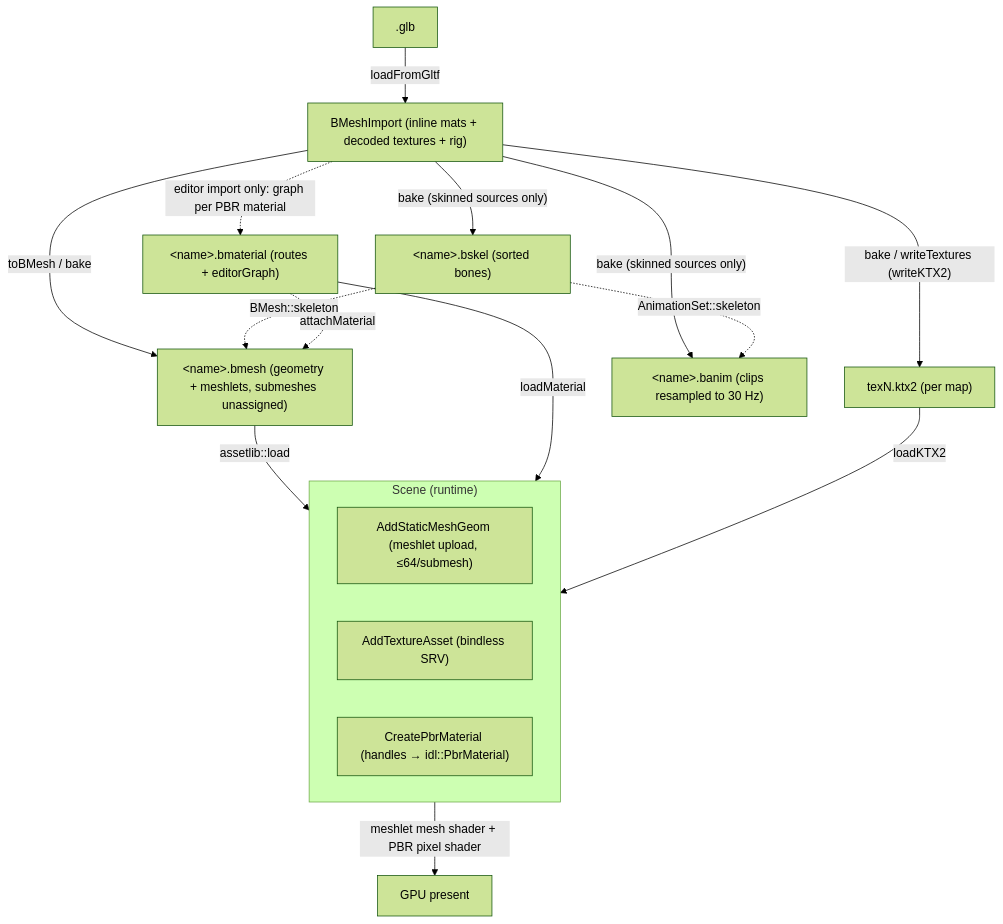
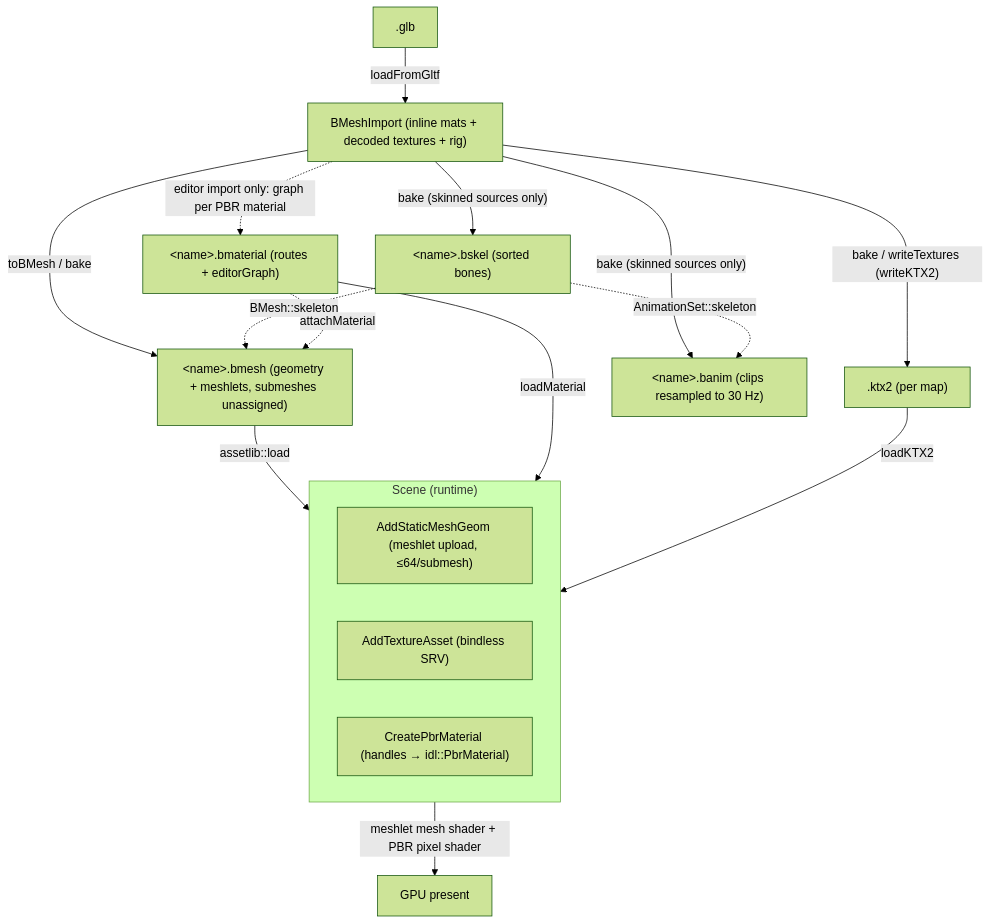
Before and after one commit to alexjiang200407/bernini: the diagram in docs/asset_standards.md, drawn with Mermaid (forest theme). The commit also changed other lines of this file and 14 other files, not shown here.

````diff
--- a/docs/asset_standards.md
+++ b/docs/asset_standards.md
@@ -596,24 +597,24 @@
 ```mermaid
 flowchart TD
     GLTF[".glb"] -- "loadFromGltf" --> IMP["BMeshImport (inline mats + decoded textures + rig)"]
     IMP -- "toBMesh / bake" --> BMESH["&lt;name&gt;.bmesh (geometry + meshlets, submeshes unassigned)"]
-    IMP -- "bake / writeTextures (writeKTX2)" --> TEX["texN.ktx2 (per map)"]
+    IMP -- "bake / writeTextures (writeKTX2)" --> TEX[".ktx2 (per map)"]
     IMP -- "bake (skinned sources only)" --> SKEL["&lt;name&gt;.bskel (sorted bones)"]
     IMP -- "bake (skinned sources only)" --> ANIM["&lt;name&gt;.banim (clips resampled to 30 Hz)"]
     SKEL -. "BMesh::skeleton" .-> BMESH
     SKEL -. "AnimationSet::skeleton" .-> ANIM
     IMP -. "editor import only: graph per PBR material" .-> BMAT["&lt;name&gt;.bmaterial (routes + editorGraph)"]
     BMAT -. "attachMaterial" .-> BMESH
 
     BMESH -- "assetlib::load" --> SCENE
     BMAT -- "loadMaterial" --> SCENE
     TEX -- "loadKTX2" --> SCENE
 
     subgraph SCENE["Scene (runtime)"]
         AM["AddStaticMeshGeom (meshlet upload, ≤64/submesh)"]
         AT["AddTextureAsset (bindless SRV)"]
         CM["CreatePbrMaterial (handles → idl::PbrMaterial)"]
     end
 
     SCENE -- "meshlet mesh shader + PBR pixel shader" --> GPU["GPU present"]
 ```
````
